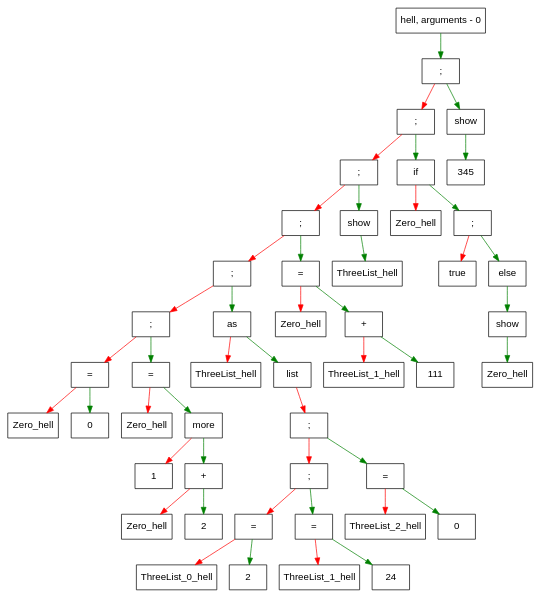
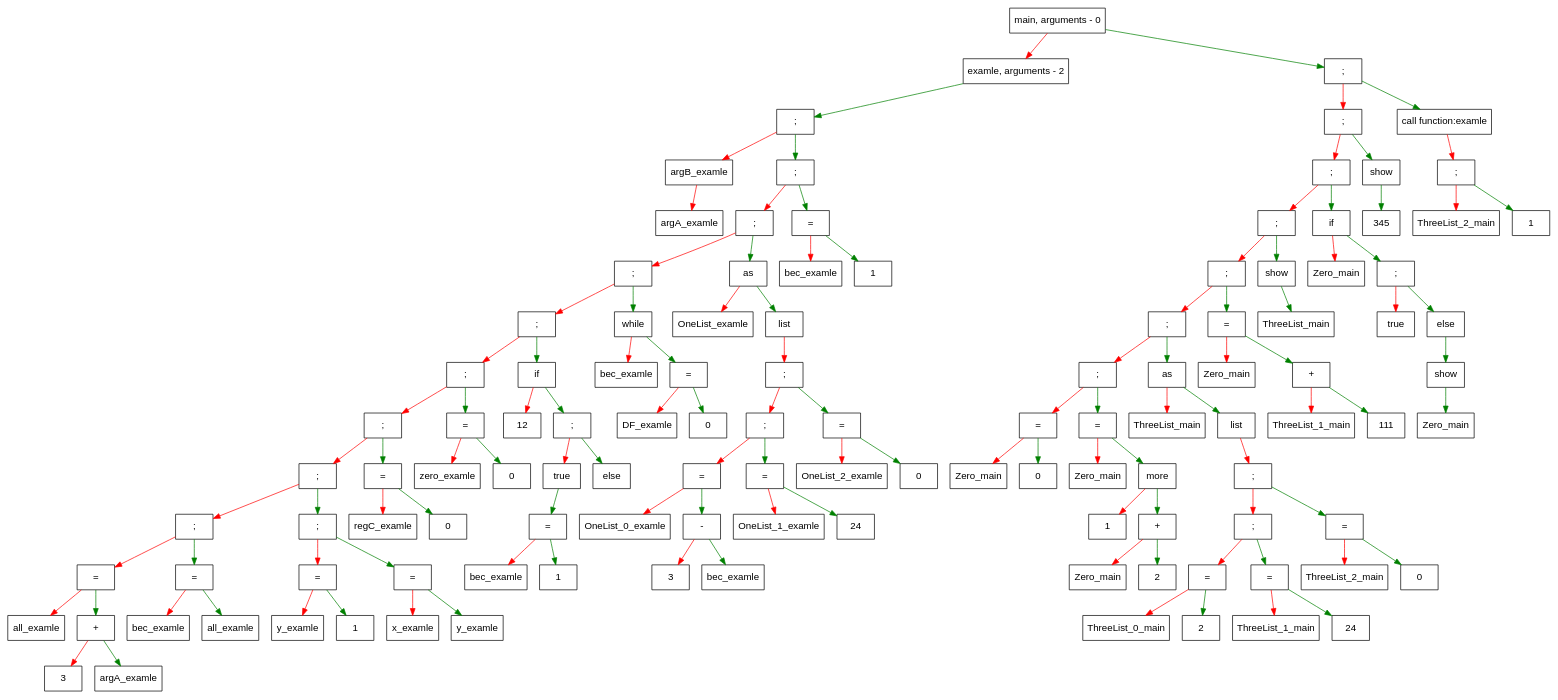
The diagram in dump.dot (Naminar/Language), drawn with Graphviz before and after one commit. The commit also changed 23 other files, not shown here.

```diff
--- a/dump.dot
+++ b/dump.dot
@@ -1,96 +1,236 @@
 digraph G{
  size="100" node [shape = record, fontname = Arial];
-    elem000001f29a071640[label = " {hell, arguments - 0 } "];
+    elem000001771ce58e40[label = " {main, arguments - 0 } "];
+edge [color = red];
+elem000001771ce58e40 -> elem000001771ce51640;edge [color = green];
+elem000001771ce58e40 -> elem000001771ccd07d0;elem000001771ce51640[label = " {examle, arguments - 2 } "];
 edge [color = green];
-elem000001f29a071640 -> elem000001f29a0791b0;elem000001f29a0791b0[label = " {; } "];
+elem000001771ce51640 -> elem000001771ce5b570;elem000001771ce5b570[label = " {; } "];
 edge [color = red];
-elem000001f29a0791b0 -> elem000001f29a079130;edge [color = green];
-elem000001f29a0791b0 -> elem000001f29a078eb0;elem000001f29a079130[label = " {; } "];
+elem000001771ce5b570 -> elem000001771ce517f0;edge [color = green];
+elem000001771ce5b570 -> elem000001771ce5d2c0;elem000001771ce517f0[label = " {argB_examle } "];
 edge [color = red];
-elem000001f29a079130 -> elem000001f29a078a30;edge [color = green];
-elem000001f29a079130 -> elem000001f29a079430;elem000001f29a078a30[label = " {; } "];
+elem000001771ce517f0 -> elem000001771ce51760;elem000001771ce51760[label = " {argA_examle } "];
+elem000001771ce5d2c0[label = " {; } "];
 edge [color = red];
-elem000001f29a078a30 -> elem000001f29a0789b0;edge [color = green];
-elem000001f29a078a30 -> elem000001f29a0778e0;elem000001f29a0789b0[label = " {; } "];
+elem000001771ce5d2c0 -> elem000001771ce5d280;edge [color = green];
+elem000001771ce5d2c0 -> elem000001771ce595c0;elem000001771ce5d280[label = " {; } "];
 edge [color = red];
-elem000001f29a0789b0 -> elem000001f29a078f70;edge [color = green];
-elem000001f29a0789b0 -> elem000001f29a0778a0;elem000001f29a078f70[label = " {; } "];
+elem000001771ce5d280 -> elem000001771ce5c8c0;edge [color = green];
+elem000001771ce5d280 -> elem000001771ce591c0;elem000001771ce5c8c0[label = " {; } "];
 edge [color = red];
-elem000001f29a078f70 -> elem000001f29a078af0;edge [color = green];
-elem000001f29a078f70 -> elem000001f29a077c20;elem000001f29a078af0[label = " {; } "];
+elem000001771ce5c8c0 -> elem000001771ce5cc80;edge [color = green];
+elem000001771ce5c8c0 -> elem000001771ce58dc0;elem000001771ce5cc80[label = " {; } "];
 edge [color = red];
-elem000001f29a078af0 -> elem000001f29a0795f0;edge [color = green];
-elem000001f29a078af0 -> elem000001f29a0769a0;elem000001f29a0795f0[label = " {= } "];
+elem000001771ce5cc80 -> elem000001771ce5cc40;edge [color = green];
+elem000001771ce5cc80 -> elem000001771ce578e0;elem000001771ce5cc40[label = " {; } "];
 edge [color = red];
-elem000001f29a0795f0 -> elem000001f29a076810;edge [color = green];
-elem000001f29a0795f0 -> elem000001f29a078c70;elem000001f29a076810[label = " {Zero_hell } "];
-elem000001f29a078c70[label = " {0 } "];
-elem000001f29a0769a0[label = " {= } "];
+elem000001771ce5cc40 -> elem000001771ce5d000;edge [color = green];
+elem000001771ce5cc40 -> elem000001771ce5cd80;elem000001771ce5d000[label = " {; } "];
 edge [color = red];
-elem000001f29a0769a0 -> elem000001f29a076910;edge [color = green];
-elem000001f29a0769a0 -> elem000001f29a076ac0;elem000001f29a076910[label = " {Zero_hell } "];
-elem000001f29a076ac0[label = " {more } "];
+elem000001771ce5d000 -> elem000001771ce5d080;edge [color = green];
+elem000001771ce5d000 -> elem000001771ce5ca40;elem000001771ce5d080[label = " {; } "];
 edge [color = red];
-elem000001f29a076ac0 -> elem000001f29a076a30;edge [color = green];
-elem000001f29a076ac0 -> elem000001f29a076be0;elem000001f29a076a30[label = " {1 } "];
-elem000001f29a076be0[label = " {+ } "];
+elem000001771ce5d080 -> elem000001771ce5abf0;edge [color = green];
+elem000001771ce5d080 -> elem000001771ce5d300;elem000001771ce5abf0[label = " {; } "];
 edge [color = red];
-elem000001f29a076be0 -> elem000001f29a076b50;edge [color = green];
-elem000001f29a076be0 -> elem000001f29a077aa0;elem000001f29a076b50[label = " {Zero_hell } "];
-elem000001f29a077aa0[label = " {2 } "];
-elem000001f29a077c20[label = " {as } "];
+elem000001771ce5abf0 -> elem000001771ce56ac0;edge [color = green];
+elem000001771ce5abf0 -> elem000001771ce569a0;elem000001771ce56ac0[label = " {= } "];
 edge [color = red];
-elem000001f29a077c20 -> elem000001f29a0776e0;edge [color = green];
-elem000001f29a077c20 -> elem000001f29a0775e0;elem000001f29a0776e0[label = " {ThreeList_hell } "];
-elem000001f29a0775e0[label = " {list } "];
+elem000001771ce56ac0 -> elem000001771ce56a30;edge [color = green];
+elem000001771ce56ac0 -> elem000001771ce57920;elem000001771ce56a30[label = " {all_examle } "];
+elem000001771ce57920[label = " {+ } "];
 edge [color = red];
-elem000001f29a0775e0 -> elem000001f29a078cf0;elem000001f29a078cf0[label = " {; } "];
+elem000001771ce57920 -> elem000001771ce57450;edge [color = green];
+elem000001771ce57920 -> elem000001771ce57c20;elem000001771ce57450[label = " {3 } "];
+elem000001771ce57c20[label = " {argA_examle } "];
+elem000001771ce569a0[label = " {= } "];
 edge [color = red];
-elem000001f29a078cf0 -> elem000001f29a0788b0;edge [color = green];
-elem000001f29a078cf0 -> elem000001f29a078930;elem000001f29a0788b0[label = " {; } "];
+elem000001771ce569a0 -> elem000001771ce56910;edge [color = green];
+elem000001771ce569a0 -> elem000001771ce5ab30;elem000001771ce56910[label = " {bec_examle } "];
+elem000001771ce5ab30[label = " {all_examle } "];
+elem000001771ce5d300[label = " {; } "];
 edge [color = red];
-elem000001f29a0788b0 -> elem000001f29a078ef0;edge [color = green];
-elem000001f29a0788b0 -> elem000001f29a078ff0;elem000001f29a078ef0[label = " {= } "];
+elem000001771ce5d300 -> elem000001771ce57660;edge [color = green];
+elem000001771ce5d300 -> elem000001771ce57ae0;elem000001771ce57660[label = " {= } "];
 edge [color = red];
-elem000001f29a078ef0 -> elem000001f29a078bb0;edge [color = green];
-elem000001f29a078ef0 -> elem000001f29a077560;elem000001f29a078bb0[label = " {ThreeList_0_hell } "];
-elem000001f29a077560[label = " {2 } "];
-elem000001f29a078ff0[label = " {= } "];
+elem000001771ce57660 -> elem000001771ce57560;edge [color = green];
+elem000001771ce57660 -> elem000001771ce57b60;elem000001771ce57560[label = " {y_examle } "];
+elem000001771ce57b60[label = " {1 } "];
+elem000001771ce57ae0[label = " {= } "];
 edge [color = red];
-elem000001f29a078ff0 -> elem000001f29a078f30;edge [color = green];
-elem000001f29a078ff0 -> elem000001f29a0775a0;elem000001f29a078f30[label = " {ThreeList_1_hell } "];
-elem000001f29a0775a0[label = " {24 } "];
-elem000001f29a078930[label = " {= } "];
+elem000001771ce57ae0 -> elem000001771ce579e0;edge [color = green];
+elem000001771ce57ae0 -> elem000001771ce5cbc0;elem000001771ce579e0[label = " {x_examle } "];
+elem000001771ce5cbc0[label = " {y_examle } "];
+elem000001771ce5ca40[label = " {= } "];
 edge [color = red];
-elem000001f29a078930 -> elem000001f29a079730;edge [color = green];
-elem000001f29a078930 -> elem000001f29a079270;elem000001f29a079730[label = " {ThreeList_2_hell } "];
-elem000001f29a079270[label = " {0 } "];
-elem000001f29a0778a0[label = " {= } "];
+elem000001771ce5ca40 -> elem000001771ce578a0;edge [color = green];
+elem000001771ce5ca40 -> elem000001771ce5ca00;elem000001771ce578a0[label = " {regC_examle } "];
+elem000001771ce5ca00[label = " {0 } "];
+elem000001771ce5cd80[label = " {= } "];
 edge [color = red];
-elem000001f29a0778a0 -> elem000001f29a077920;edge [color = green];
-elem000001f29a0778a0 -> elem000001f29a0777e0;elem000001f29a077920[label = " {Zero_hell } "];
-elem000001f29a0777e0[label = " {+ } "];
+elem000001771ce5cd80 -> elem000001771ce579a0;edge [color = green];
+elem000001771ce5cd80 -> elem000001771ce5d180;elem000001771ce579a0[label = " {zero_examle } "];
+elem000001771ce5d180[label = " {0 } "];
+elem000001771ce578e0[label = " {if } "];
 edge [color = red];
-elem000001f29a0777e0 -> elem000001f29a077a20;edge [color = green];
-elem000001f29a0777e0 -> elem000001f29a077820;elem000001f29a077a20[label = " {ThreeList_1_hell } "];
-elem000001f29a077820[label = " {111 } "];
-elem000001f29a0778e0[label = " {show } "];
+elem000001771ce578e0 -> elem000001771ce57b20;edge [color = green];
+elem000001771ce578e0 -> elem000001771ce5d400;elem000001771ce57b20[label = " {12 } "];
+elem000001771ce5d400[label = " {; } "];
+edge [color = red];
+elem000001771ce5d400 -> elem000001771ce57c60;edge [color = green];
+elem000001771ce5d400 -> elem000001771ce58d00;elem000001771ce57c60[label = " {true } "];
 edge [color = green];
-elem000001f29a0778e0 -> elem000001f29a078b30;elem000001f29a078b30[label = " {ThreeList_hell } "];
-elem000001f29a079430[label = " {if } "];
+elem000001771ce57c60 -> elem000001771ce57be0;elem000001771ce57be0[label = " {= } "];
 edge [color = red];
-elem000001f29a079430 -> elem000001f29a079170;edge [color = green];
-elem000001f29a079430 -> elem000001f29a0793b0;elem000001f29a079170[label = " {Zero_hell } "];
-elem000001f29a0793b0[label = " {; } "];
+elem000001771ce57be0 -> elem000001771ce57620;edge [color = green];
+elem000001771ce57be0 -> elem000001771ce576e0;elem000001771ce57620[label = " {bec_examle } "];
+elem000001771ce576e0[label = " {1 } "];
+elem000001771ce58d00[label = " {else } "];
+elem000001771ce58dc0[label = " {while } "];
 edge [color = red];
-elem000001f29a0793b0 -> elem000001f29a079630;edge [color = green];
-elem000001f29a0793b0 -> elem000001f29a079670;elem000001f29a079630[label = " {true } "];
-elem000001f29a079670[label = " {else } "];
+elem000001771ce58dc0 -> elem000001771ce58c00;edge [color = green];
+elem000001771ce58dc0 -> elem000001771ce5cb80;elem000001771ce58c00[label = " {bec_examle } "];
+elem000001771ce5cb80[label = " {= } "];
+edge [color = red];
+elem000001771ce5cb80 -> elem000001771ce59840;edge [color = green];
+elem000001771ce5cb80 -> elem000001771ce5ccc0;elem000001771ce59840[label = " {DF_examle } "];
+elem000001771ce5ccc0[label = " {0 } "];
+elem000001771ce591c0[label = " {as } "];
+edge [color = red];
+elem000001771ce591c0 -> elem000001771ce59ac0;edge [color = green];
+elem000001771ce591c0 -> elem000001771ce59880;elem000001771ce59ac0[label = " {OneList_examle } "];
+elem000001771ce59880[label = " {list } "];
+edge [color = red];
+elem000001771ce59880 -> elem000001771ce5cd40;elem000001771ce5cd40[label = " {; } "];
+edge [color = red];
+elem000001771ce5cd40 -> elem000001771ce5cf00;edge [color = green];
+elem000001771ce5cd40 -> elem000001771ce5d340;elem000001771ce5cf00[label = " {; } "];
+edge [color = red];
+elem000001771ce5cf00 -> elem000001771ce5d500;edge [color = green];
+elem000001771ce5cf00 -> elem000001771ce5cdc0;elem000001771ce5d500[label = " {= } "];
+edge [color = red];
+elem000001771ce5d500 -> elem000001771ce5cf80;edge [color = green];
+elem000001771ce5d500 -> elem000001771ce596c0;elem000001771ce5cf80[label = " {OneList_0_examle } "];
+elem000001771ce596c0[label = " {- } "];
+edge [color = red];
+elem000001771ce596c0 -> elem000001771ce59440;edge [color = green];
+elem000001771ce596c0 -> elem000001771ce58f40;elem000001771ce59440[label = " {3 } "];
+elem000001771ce58f40[label = " {bec_examle } "];
+elem000001771ce5cdc0[label = " {= } "];
+edge [color = red];
+elem000001771ce5cdc0 -> elem000001771ce5d0c0;edge [color = green];
+elem000001771ce5cdc0 -> elem000001771ce59240;elem000001771ce5d0c0[label = " {OneList_1_examle } "];
+elem000001771ce59240[label = " {24 } "];
+elem000001771ce5d340[label = " {= } "];
+edge [color = red];
+elem000001771ce5d340 -> elem000001771ce5cb40;edge [color = green];
+elem000001771ce5d340 -> elem000001771ce5d240;elem000001771ce5cb40[label = " {OneList_2_examle } "];
+elem000001771ce5d240[label = " {0 } "];
+elem000001771ce595c0[label = " {= } "];
+edge [color = red];
+elem000001771ce595c0 -> elem000001771ce59100;edge [color = green];
+elem000001771ce595c0 -> elem000001771ce59b00;elem000001771ce59100[label = " {bec_examle } "];
+elem000001771ce59b00[label = " {1 } "];
+elem000001771ccd07d0[label = " {; } "];
+edge [color = red];
+elem000001771ccd07d0 -> elem000001771ccd0ad0;edge [color = green];
+elem000001771ccd07d0 -> elem000001771ce5adb0;elem000001771ccd0ad0[label = " {; } "];
+edge [color = red];
+elem000001771ccd0ad0 -> elem000001771ccd0490;edge [color = green];
+elem000001771ccd0ad0 -> elem000001771ce5aef0;elem000001771ccd0490[label = " {; } "];
+edge [color = red];
+elem000001771ccd0490 -> elem000001771ccd0750;edge [color = green];
+elem000001771ccd0490 -> elem000001771ce5b470;elem000001771ccd0750[label = " {; } "];
+edge [color = red];
+elem000001771ccd0750 -> elem000001771ccd06d0;edge [color = green];
+elem000001771ccd0750 -> elem000001771ce5abb0;elem000001771ccd06d0[label = " {; } "];
+edge [color = red];
+elem000001771ccd06d0 -> elem000001771ccd0b10;edge [color = green];
+elem000001771ccd06d0 -> elem000001771ce5acf0;elem000001771ccd0b10[label = " {; } "];
+edge [color = red];
+elem000001771ccd0b10 -> elem000001771ce5d640;edge [color = green];
+elem000001771ccd0b10 -> elem000001771ce5b3f0;elem000001771ce5d640[label = " {; } "];
+edge [color = red];
+elem000001771ce5d640 -> elem000001771ce5d600;edge [color = green];
+elem000001771ce5d640 -> elem000001771ce59500;elem000001771ce5d600[label = " {= } "];
+edge [color = red];
+elem000001771ce5d600 -> elem000001771ce58d40;edge [color = green];
+elem000001771ce5d600 -> elem000001771ce5d5c0;elem000001771ce58d40[label = " {Zero_main } "];
+elem000001771ce5d5c0[label = " {0 } "];
+elem000001771ce59500[label = " {= } "];
+edge [color = red];
+elem000001771ce59500 -> elem000001771ce58c80;edge [color = green];
+elem000001771ce59500 -> elem000001771ce58f00;elem000001771ce58c80[label = " {Zero_main } "];
+elem000001771ce58f00[label = " {more } "];
+edge [color = red];
+elem000001771ce58f00 -> elem000001771ce59600;edge [color = green];
+elem000001771ce58f00 -> elem000001771ce58fc0;elem000001771ce59600[label = " {1 } "];
+elem000001771ce58fc0[label = " {+ } "];
+edge [color = red];
+elem000001771ce58fc0 -> elem000001771ce58f80;edge [color = green];
+elem000001771ce58fc0 -> elem000001771ce59540;elem000001771ce58f80[label = " {Zero_main } "];
+elem000001771ce59540[label = " {2 } "];
+elem000001771ce5b3f0[label = " {as } "];
+edge [color = red];
+elem000001771ce5b3f0 -> elem000001771ce59a00;edge [color = green];
+elem000001771ce5b3f0 -> elem000001771ce5b0f0;elem000001771ce59a00[label = " {ThreeList_main } "];
+elem000001771ce5b0f0[label = " {list } "];
+edge [color = red];
+elem000001771ce5b0f0 -> elem000001771ce5cec0;elem000001771ce5cec0[label = " {; } "];
+edge [color = red];
+elem000001771ce5cec0 -> elem000001771ce5d7c0;edge [color = green];
+elem000001771ce5cec0 -> elem000001771ccd0c10;elem000001771ce5d7c0[label = " {; } "];
+edge [color = red];
+elem000001771ce5d7c0 -> elem000001771ce5d780;edge [color = green];
+elem000001771ce5d7c0 -> elem000001771ce5c9c0;elem000001771ce5d780[label = " {= } "];
+edge [color = red];
+elem000001771ce5d780 -> elem000001771ce5d740;edge [color = green];
+elem000001771ce5d780 -> elem000001771ce5a8b0;elem000001771ce5d740[label = " {ThreeList_0_main } "];
+elem000001771ce5a8b0[label = " {2 } "];
+elem000001771ce5c9c0[label = " {= } "];
+edge [color = red];
+elem000001771ce5c9c0 -> elem000001771ce5ce80;edge [color = green];
+elem000001771ce5c9c0 -> elem000001771ce5af70;elem000001771ce5ce80[label = " {ThreeList_1_main } "];
+elem000001771ce5af70[label = " {24 } "];
+elem000001771ccd0c10[label = " {= } "];
+edge [color = red];
+elem000001771ccd0c10 -> elem000001771ccd04d0;edge [color = green];
+elem000001771ccd0c10 -> elem000001771ccd0710;elem000001771ccd04d0[label = " {ThreeList_2_main } "];
+elem000001771ccd0710[label = " {0 } "];
+elem000001771ce5acf0[label = " {= } "];
+edge [color = red];
+elem000001771ce5acf0 -> elem000001771ce5a9f0;edge [color = green];
+elem000001771ce5acf0 -> elem000001771ce5b3b0;elem000001771ce5a9f0[label = " {Zero_main } "];
+elem000001771ce5b3b0[label = " {+ } "];
+edge [color = red];
+elem000001771ce5b3b0 -> elem000001771ce5b5b0;edge [color = green];
+elem000001771ce5b3b0 -> elem000001771ce5b5f0;elem000001771ce5b5b0[label = " {ThreeList_1_main } "];
+elem000001771ce5b5f0[label = " {111 } "];
+elem000001771ce5abb0[label = " {show } "];
 edge [color = green];
-elem000001f29a079670 -> elem000001f29a0790b0;elem000001f29a0790b0[label = " {show } "];
+elem000001771ce5abb0 -> elem000001771ce5b430;elem000001771ce5b430[label = " {ThreeList_main } "];
+elem000001771ce5b470[label = " {if } "];
+edge [color = red];
+elem000001771ce5b470 -> elem000001771ce5a9b0;edge [color = green];
+elem000001771ce5b470 -> elem000001771ccd0810;elem000001771ce5a9b0[label = " {Zero_main } "];
+elem000001771ccd0810[label = " {; } "];
+edge [color = red];
+elem000001771ccd0810 -> elem000001771ce5ae30;edge [color = green];
+elem000001771ccd0810 -> elem000001771ce5ad70;elem000001771ce5ae30[label = " {true } "];
+elem000001771ce5ad70[label = " {else } "];
 edge [color = green];
-elem000001f29a0790b0 -> elem000001f29a078df0;elem000001f29a078df0[label = " {Zero_hell } "];
-elem000001f29a078eb0[label = " {show } "];
+elem000001771ce5ad70 -> elem000001771ce5b030;elem000001771ce5b030[label = " {show } "];
 edge [color = green];
-elem000001f29a078eb0 -> elem000001f29a078bf0;elem000001f29a078bf0[label = " {345 } "];
+elem000001771ce5b030 -> elem000001771ce5b1f0;elem000001771ce5b1f0[label = " {Zero_main } "];
+elem000001771ce5aef0[label = " {show } "];
+edge [color = green];
+elem000001771ce5aef0 -> elem000001771ce5ac30;elem000001771ce5ac30[label = " {345 } "];
+elem000001771ce5adb0[label = " {call function:examle } "];
+edge [color = red];
+elem000001771ce5adb0 -> elem000001771ccd0510;elem000001771ccd0510[label = " {; } "];
+edge [color = red];
+elem000001771ccd0510 -> elem000001771ce5aa70;edge [color = green];
+elem000001771ccd0510 -> elem000001771ce5a870;elem000001771ce5aa70[label = " {ThreeList_2_main } "];
+elem000001771ce5a870[label = " {1 } "];
 }
```
